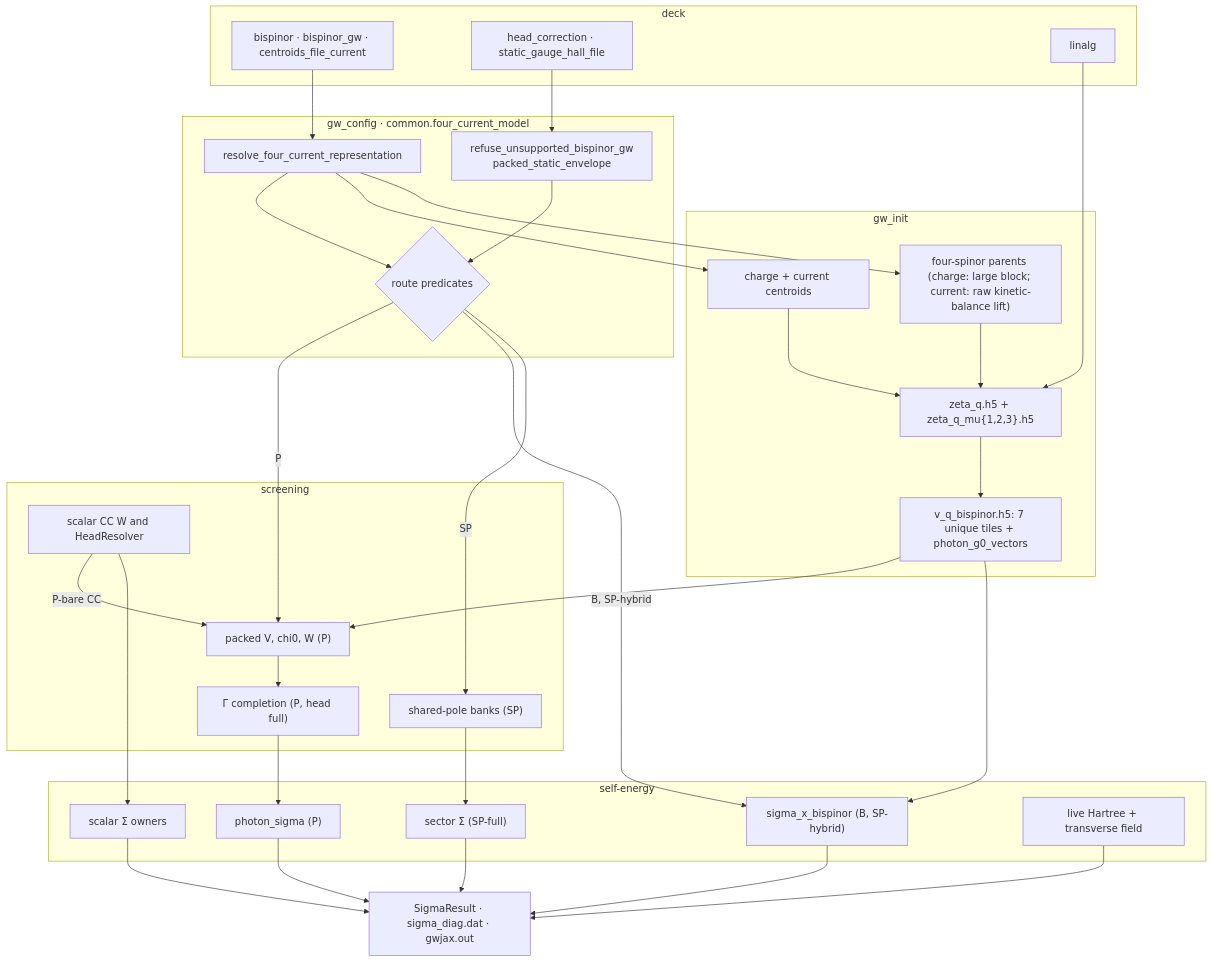
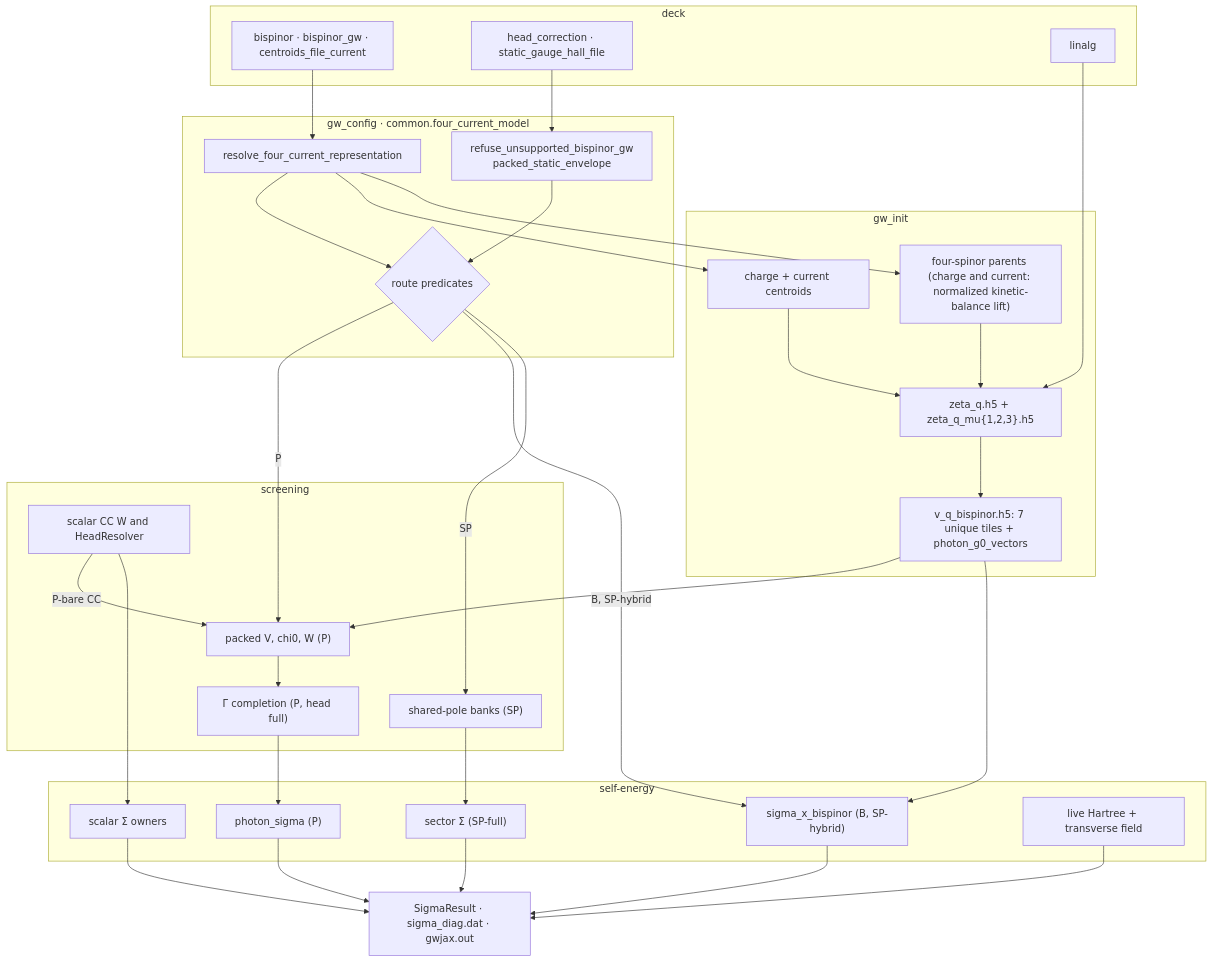
The diagram in docs/architecture/four_current_wiring.md (jackmcarthur/lorrax), drawn with Mermaid before and after one commit. The commit also changed other lines of this file and 14 other files, not shown here.

````diff
--- a/docs/architecture/four_current_wiring.md
+++ b/docs/architecture/four_current_wiring.md
@@ -78,54 +78,54 @@
 ```mermaid
 flowchart TD
   subgraph DECK["deck"]
     K1["bispinor · bispinor_gw · centroids_file_current"]
     K2["head_correction · static_gauge_hall_file"]
     K3["linalg"]
   end
   subgraph CFG["gw_config · common.four_current_model"]
     R["resolve_four_current_representation"]
     E["refuse_unsupported_bispinor_gw<br/>packed_static_envelope"]
     F{"route predicates"}
   end
   subgraph INIT["gw_init"]
     C["charge + current centroids"]
-    L["four-spinor parents (charge: large block; current: raw kinetic-balance lift)"]
+    L["four-spinor parents (charge and current: normalized kinetic-balance lift)"]
     Z["zeta_q.h5 + zeta_q_mu{1,2,3}.h5"]
     VQ["v_q_bispinor.h5: 7 unique tiles + photon_g0_vectors"]
   end
   subgraph SCR["screening"]
     SW["scalar CC W and HeadResolver"]
     PK["packed V, chi0, W (P)"]
     HD["Γ completion (P, head full)"]
     SP["shared-pole banks (SP)"]
   end
   subgraph SIG["self-energy"]
     PS["photon_sigma (P)"]
     SB["sigma_x_bispinor (B, SP-hybrid)"]
     CS["scalar Σ owners"]
     SS["sector Σ (SP-full)"]
     HT["live Hartree + transverse field"]
   end
   OUT["SigmaResult · sigma_diag.dat · gwjax.out"]
   K1 --> R --> F
   K2 --> E
   E --> F
   K3 --> Z
   R --> C --> Z
   R --> L --> Z
   Z --> VQ
   F -->|P| PK
   F -->|B, SP-hybrid| SB
   F -->|SP| SP
   VQ --> PK
   SW -->|P-bare CC| PK
   PK --> HD --> PS
   VQ --> SB
   SW --> CS
   SP --> SS
   PS --> OUT
   SB --> OUT
   CS --> OUT
   SS --> OUT
   HT --> OUT
 ```
````
